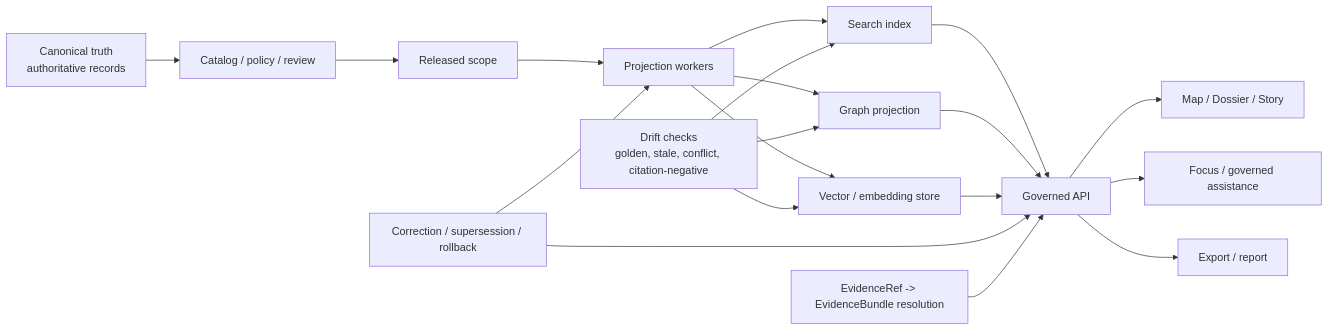
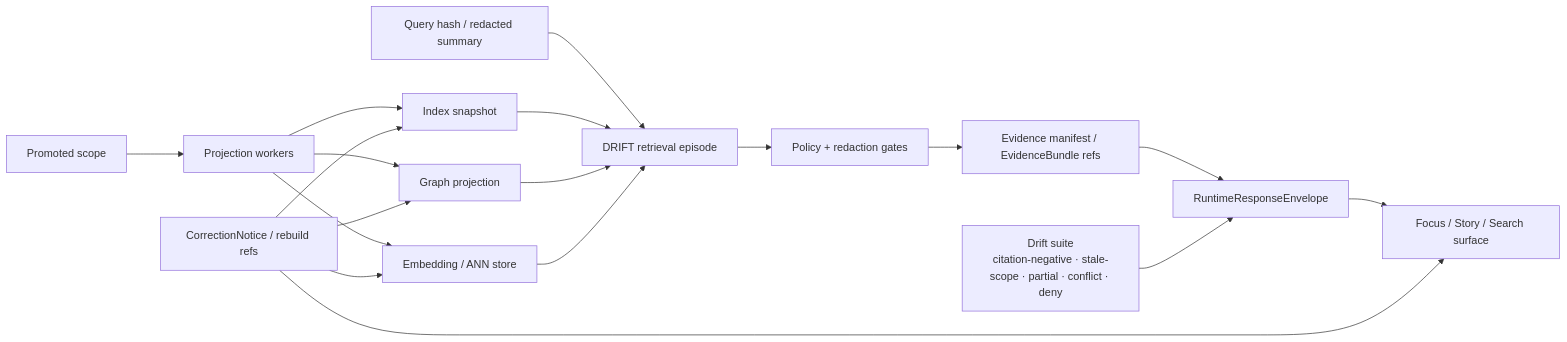
The diagram in docs/search/drift/README.md (bartytime4life/Kansas-Frontier-Matrix), drawn with Mermaid before and after one commit. The commit also changed other lines of this file, not shown here.

````diff
--- a/docs/search/drift/README.md
+++ b/docs/search/drift/README.md
@@ -227,26 +286,23 @@
 ```mermaid
 flowchart LR
-    A[Canonical truth<br/>authoritative records] --> B[Catalog / policy / review]
-    B --> C[Released scope]
-    C --> D[Projection workers]
-    D --> E[Search index]
-    D --> F[Graph projection]
-    D --> G[Vector / embedding store]
+    A[Promoted scope] --> B[Projection workers]
+    B --> C[Index snapshot]
+    B --> D[Graph projection]
+    B --> E[Embedding / ANN store]
 
-    E --> H[Governed API]
-    F --> H
-    G --> H
+    Q[Query hash / redacted summary] --> F[DRIFT retrieval episode]
+    C --> F
+    D --> F
+    E --> F
 
-    H --> I[Map / Dossier / Story]
-    H --> J[Focus / governed assistance]
-    H --> K[Export / report]
+    F --> G[Policy + redaction gates]
+    G --> H[Evidence manifest / EvidenceBundle refs]
+    H --> I[RuntimeResponseEnvelope]
+    I --> J[Focus / Story / Search surface]
 
-    L[Drift checks<br/>golden, stale, conflict, citation-negative] --> E
-    L --> F
-    L --> G
-
-    M[Correction / supersession / rollback] --> D
-    M --> H
-
-    N[EvidenceRef -> EvidenceBundle resolution] --> H
+    T[Drift suite<br/>citation-negative · stale-scope · partial · conflict · deny] --> I
+    K[CorrectionNotice / rebuild refs] --> C
+    K --> D
+    K --> E
+    K --> J
 ```
````
